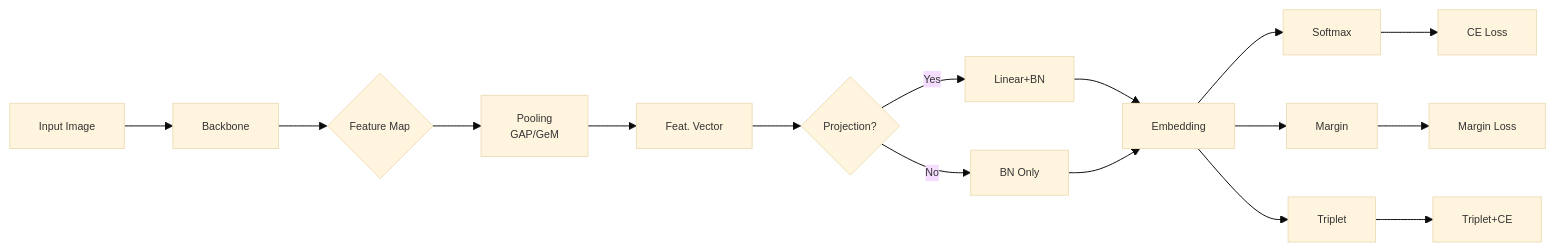
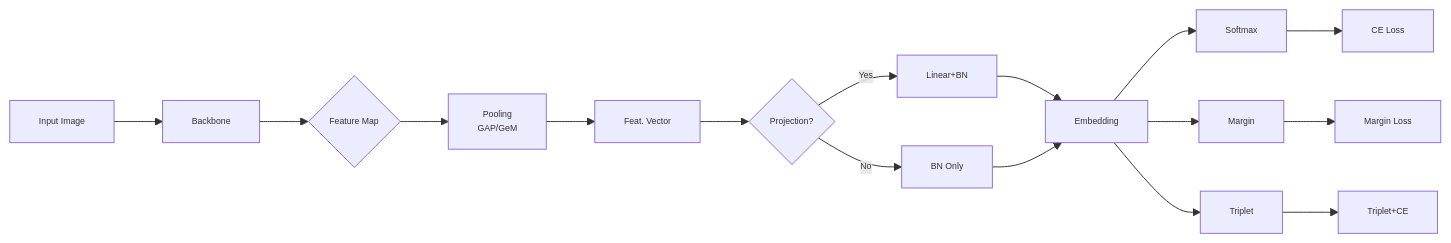
One commit to MicheleMarschner/jaguar_project changed the diagram in reports/experiments/E00_kaggle-leaderboard_backbone.md. Above: the diagram before and after it, drawn with Mermaid.

Commit message:
Adjust font size in Re-ID pipeline diagram
Updated font size in mermaid diagram for better readability.

````diff
--- a/reports/experiments/E00_kaggle-leaderboard_backbone.md
+++ b/reports/experiments/E00_kaggle-leaderboard_backbone.md
@@ -41,19 +41,19 @@
 ```mermaid
-%%{init: {'theme': 'base', 'themeVariables': { 'fontSize': '11px'}}}%%
+%%{init: {'themeVariables': { 'fontSize': '9px'}}}%%
 flowchart LR
 A[Input Image] --> B[Backbone]
 B --> C{Feature Map}
 
 C --> D[Pooling<br/>GAP/GeM]
 D --> E[Feat. Vector]
 
 E --> F{Projection?}
 F -->|Yes| G[Linear+BN]
 F -->|No| H[BN Only]
 
 G & H --> I[Embedding]
 
 I --> J1[Softmax] --> L1[CE Loss]
 I --> J2[Margin] --> L2[Margin Loss]
 I --> J3[Triplet] --> L3[Triplet+CE]
 ```
````
